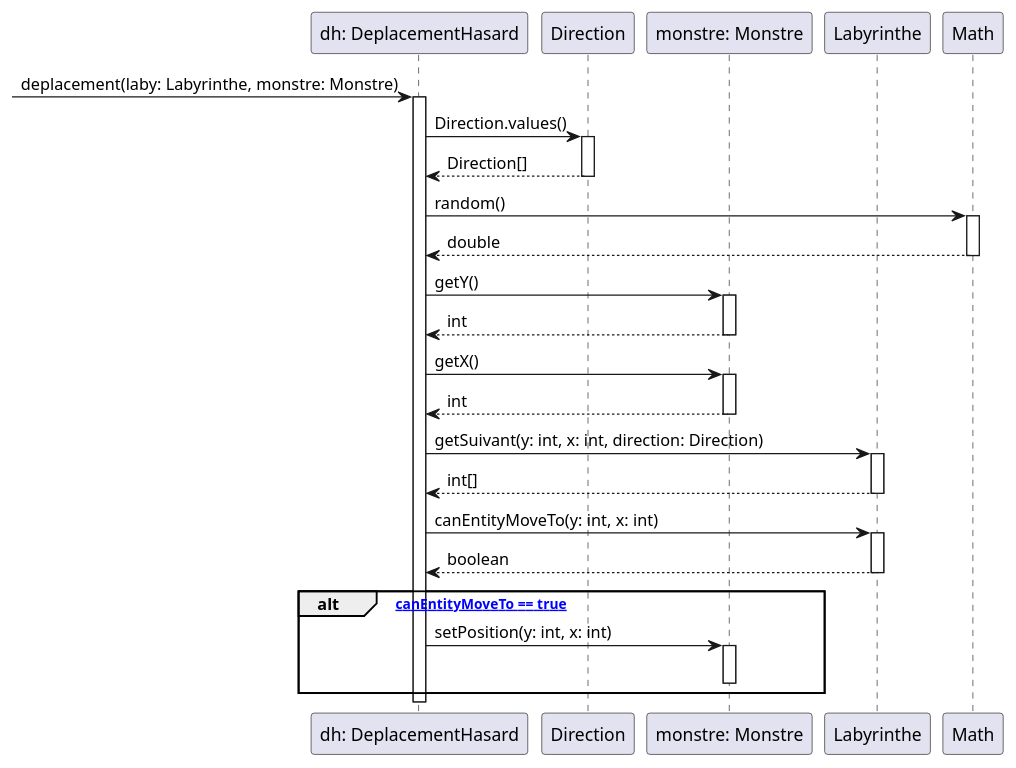
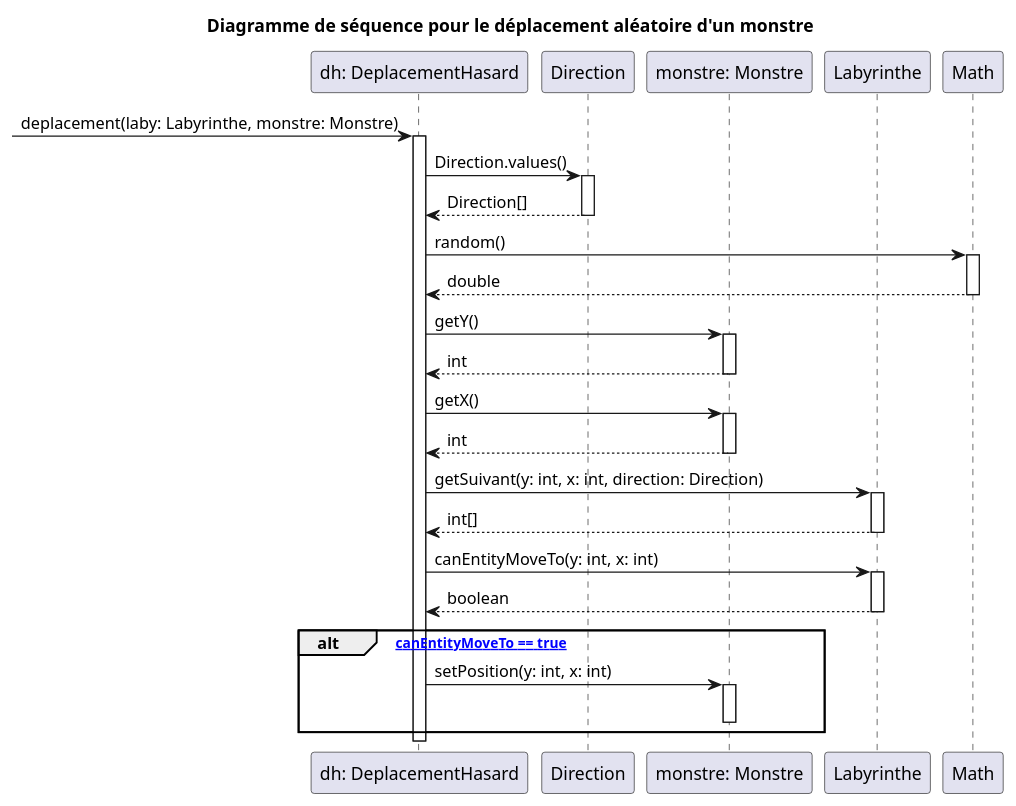
Before and after one commit to zonetecde/BUT_S2_2025_Zeldiablo_e22359u_e82916u_e77582u_e85474u: the diagram in zeldiablo/documents/iteration-3/diagrammes/deplacement/diagramme-sequence-deplacement-hasard.puml, drawn with PlantUML. The commit also changed 8 other files, not shown here.

Commit message:
Correction et finalisation des diagrammes de déplacement du monstre

```diff
--- a/zeldiablo/documents/iteration-3/diagrammes/deplacement/diagramme-sequence-deplacement-hasard.puml
+++ b/zeldiablo/documents/iteration-3/diagrammes/deplacement/diagramme-sequence-deplacement-hasard.puml
@@ -1,48 +1,50 @@
 @startuml
+title Diagramme de séquence pour le déplacement aléatoire d'un monstre
+
 participant "dh: DeplacementHasard" as DH
 participant "Direction" as Dir
 participant "monstre: Monstre" as Monstre
 participant "Labyrinthe" as Laby
 participant "Math" as Math
 
 -> DH : deplacement(laby: Labyrinthe, monstre: Monstre)
 activate DH
 
 DH -> Dir : Direction.values()
 activate Dir
 Dir --> DH : Direction[]
 deactivate Dir
 
 DH -> Math : random()
 activate Math
 Math --> DH : double
 deactivate Math
 
 DH -> Monstre : getY()
 activate Monstre
 Monstre --> DH : int
 deactivate Monstre
 
 DH -> Monstre : getX()
 activate Monstre
 Monstre --> DH : int
 deactivate Monstre
 
 DH -> Laby : getSuivant(y: int, x: int, direction: Direction)
 activate Laby
 Laby --> DH : int[]
 deactivate Laby
 
 DH -> Laby : canEntityMoveTo(y: int, x: int)
 activate Laby
 Laby --> DH : boolean
 deactivate Laby
 
 alt [si canEntityMoveTo == true]
     DH -> Monstre : setPosition(y: int, x: int)
     activate Monstre
     deactivate Monstre
 end
 
 deactivate DH
 @enduml
```
